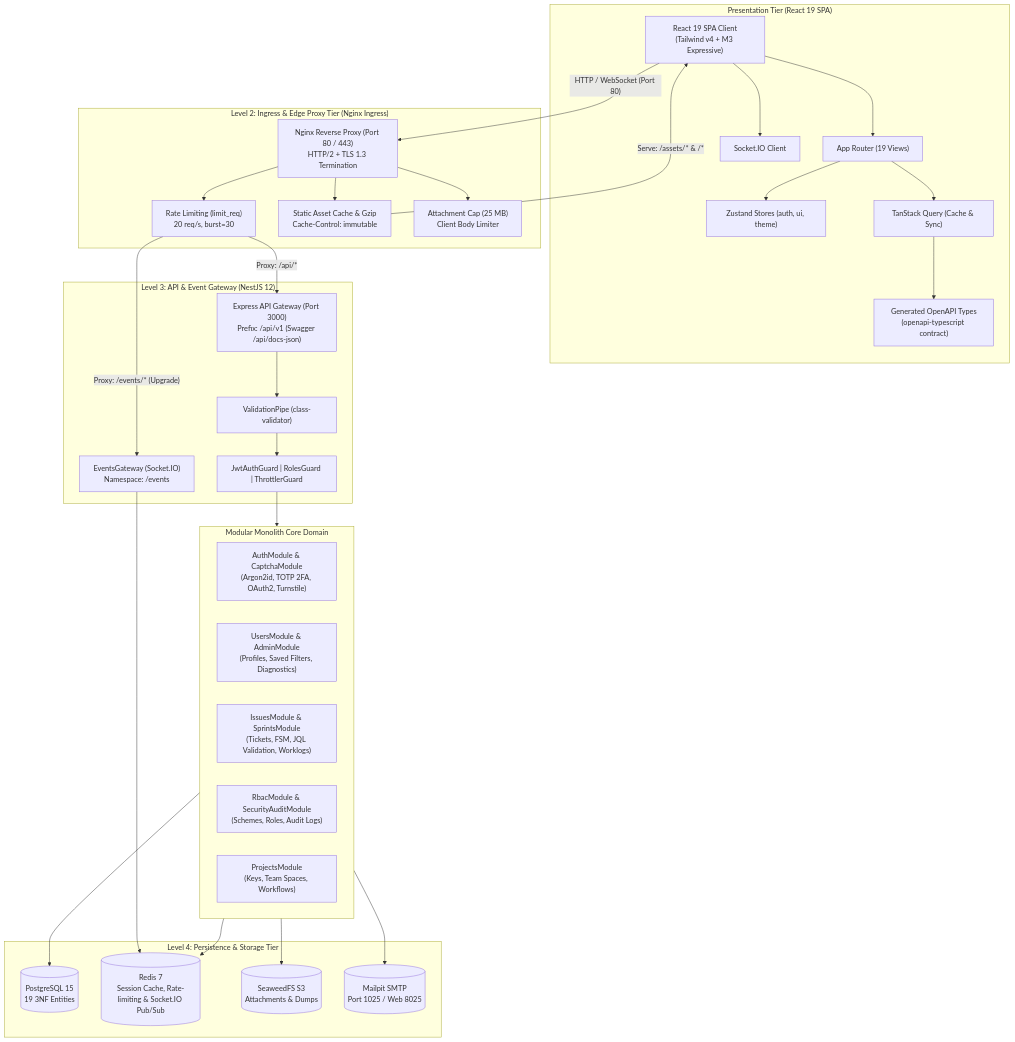
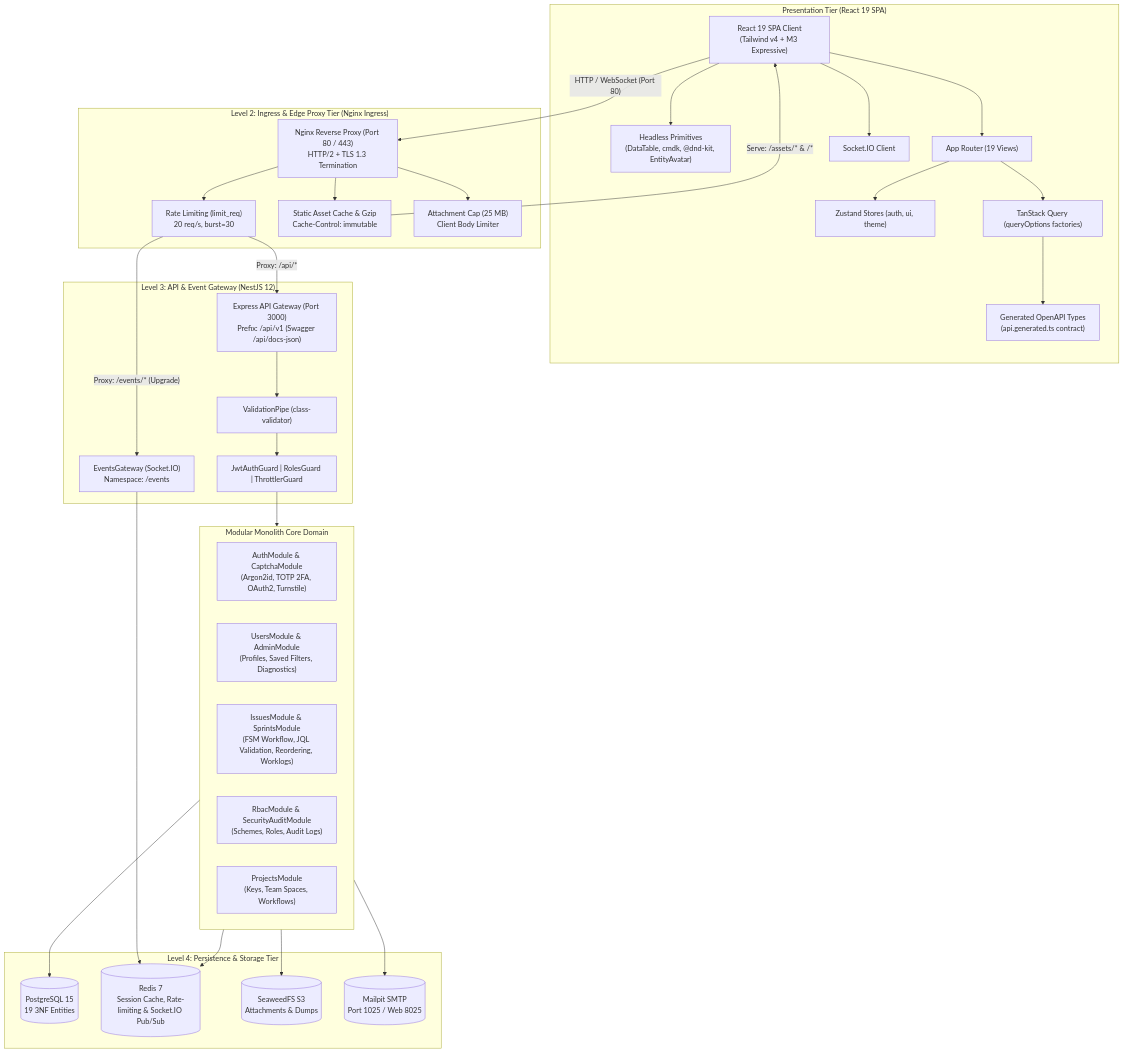
The diagram in documentation/architecture/diagrams/system_architecture.mmd (finkord/bug-tracker), drawn with Mermaid before and after one commit. The commit also changed 12 other files, not shown here.

First line of the commit message:
docs(architecture): sync documentation, skills, diagrams, and png renders

```diff
--- a/documentation/architecture/diagrams/system_architecture.mmd
+++ b/documentation/architecture/diagrams/system_architecture.mmd
@@ -1,61 +1,63 @@
 graph TB
     subgraph ClientTier["Presentation Tier (React 19 SPA)"]
         SPA["React 19 SPA Client<br/>(Tailwind v4 + M3 Expressive)"]
+        Primitives["Headless Primitives<br/>(DataTable, cmdk, @dnd-kit, EntityAvatar)"]
         Router["App Router (19 Views)"]
         Stores["Zustand Stores (auth, ui, theme)"]
-        Query["TanStack Query (Cache & Sync)"]
-        OpenAPI["Generated OpenAPI Types<br/>(openapi-typescript contract)"]
+        Query["TanStack Query (queryOptions factories)"]
+        OpenAPI["Generated OpenAPI Types<br/>(api.generated.ts contract)"]
         WSClient["Socket.IO Client"]
         SPA --> Router
+        SPA --> Primitives
         Router --> Stores
         Router --> Query
         Query --> OpenAPI
         SPA --> WSClient
     end
 
     subgraph IngressTier["Level 2: Ingress & Edge Proxy Tier (Nginx Ingress)"]
         Nginx["Nginx Reverse Proxy (Port 80 / 443)<br/>HTTP/2 + TLS 1.3 Termination"]
         RateLimit["Rate Limiting (limit_req)<br/>20 req/s, burst=30"]
         StaticCache["Static Asset Cache & Gzip<br/>Cache-Control: immutable"]
         BodyCap["Attachment Cap (25 MB)<br/>Client Body Limiter"]
         Nginx --> RateLimit
         Nginx --> StaticCache
         Nginx --> BodyCap
     end
 
     subgraph GatewayTier["Level 3: API & Event Gateway (NestJS 12)"]
         Main["Express API Gateway (Port 3000)<br/>Prefix: /api/v1 (Swagger /api/docs-json)"]
         Pipes["ValidationPipe (class-validator)"]
         Guards["JwtAuthGuard | RolesGuard | ThrottlerGuard"]
         EventsGW["EventsGateway (Socket.IO)<br/>Namespace: /events"]
         Main --> Pipes
         Pipes --> Guards
     end
 
     subgraph CoreModules["Modular Monolith Core Domain"]
         AuthM["AuthModule & CaptchaModule<br/>(Argon2id, TOTP 2FA, OAuth2, Turnstile)"]
         UserM["UsersModule & AdminModule<br/>(Profiles, Saved Filters, Diagnostics)"]
-        IssueM["IssuesModule & SprintsModule<br/>(Tickets, FSM, JQL Validation, Worklogs)"]
+        IssueM["IssuesModule & SprintsModule<br/>(FSM Workflow, JQL Validation, Reordering, Worklogs)"]
         RbacM["RbacModule & SecurityAuditModule<br/>(Schemes, Roles, Audit Logs)"]
         ProjM["ProjectsModule<br/>(Keys, Team Spaces, Workflows)"]
     end
 
     subgraph DataTier["Level 4: Persistence & Storage Tier"]
         Postgres[("PostgreSQL 15<br/>19 3NF Entities")]
         RedisCache[("Redis 7<br/>Session Cache, Rate-limiting & Socket.IO Pub/Sub")]
         Seaweed[("SeaweedFS S3<br/>Attachments & Dumps")]
         Mailpit[("Mailpit SMTP<br/>Port 1025 / Web 8025")]
     end
 
     SPA -- "HTTP / WebSocket (Port 80)" --> Nginx
     RateLimit -- "Proxy: /api/*" --> Main
     RateLimit -- "Proxy: /events/* (Upgrade)" --> EventsGW
     StaticCache -- "Serve: /assets/* & /*" --> SPA
 
     Guards --> CoreModules
     EventsGW --> RedisCache
 
     CoreModules --> Postgres
     CoreModules --> RedisCache
     CoreModules --> Seaweed
     CoreModules --> Mailpit
```
